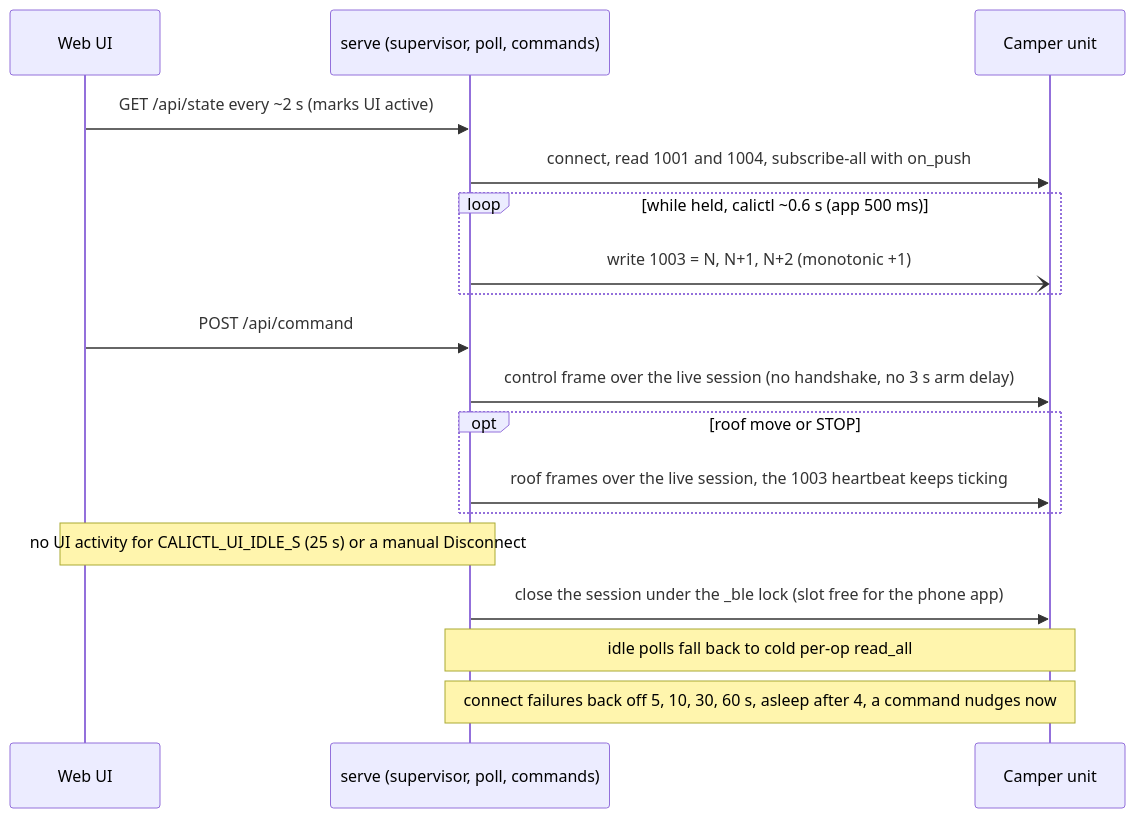
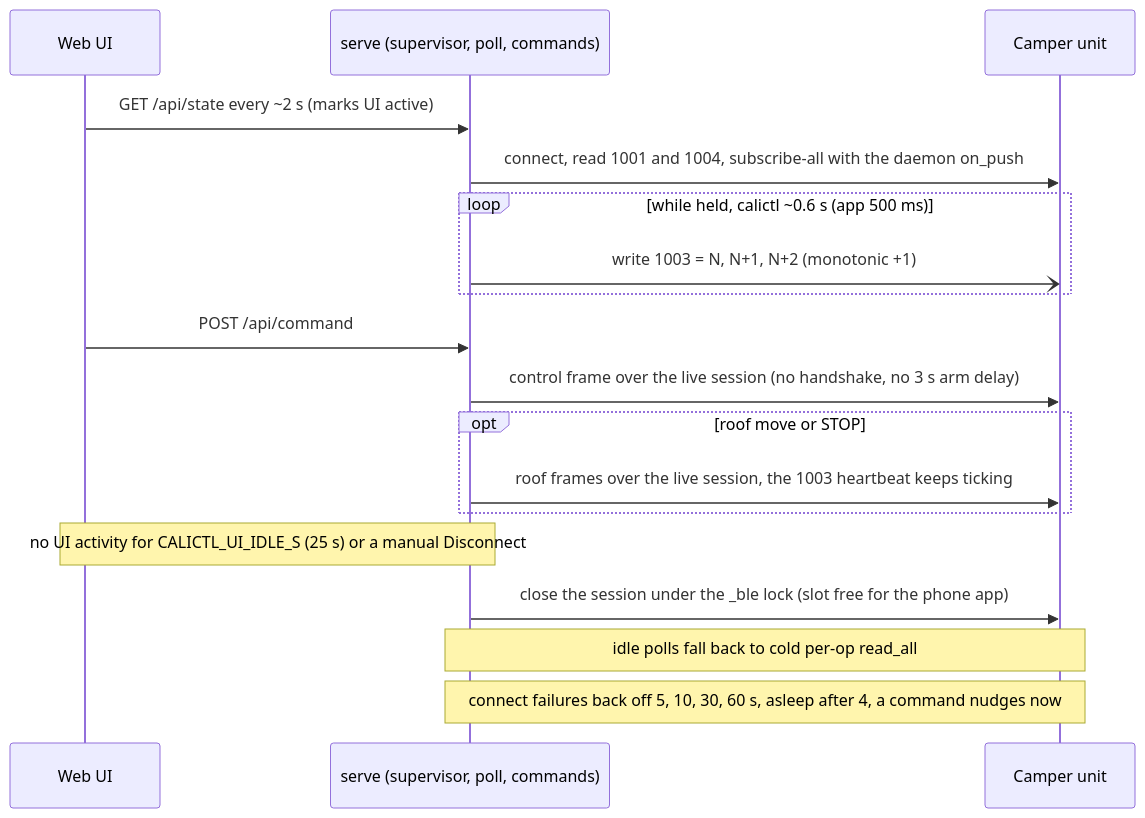
Before and after one commit to ckeller42/open-california: the fourth of 17 diagrams in docs/protocol-sequences.rst, drawn with Mermaid. The commit also changed other lines of this file and 9 other files, not shown here.

First line of the commit message:
docs: audit the protocol sequence diagrams against the code and add the missing flows

```diff
--- a/docs/protocol-sequences.rst
+++ b/docs/protocol-sequences.rst
@@ -369,20 +452,20 @@
 .. mermaid::
 
     sequenceDiagram
         participant W as Web UI
         participant S as serve (supervisor, poll, commands)
         participant U as Camper unit
         W->>S: GET /api/state every ~2 s (marks UI active)
-        S->>U: connect, read 1001 and 1004, subscribe-all with on_push
+        S->>U: connect, read 1001 and 1004, subscribe-all with the daemon on_push
         loop while held, calictl ~0.6 s (app 500 ms)
             S-)U: write 1003 = N, N+1, N+2 (monotonic +1)
         end
         W->>S: POST /api/command
         S->>U: control frame over the live session (no handshake, no 3 s arm delay)
         opt roof move or STOP
             S->>U: roof frames over the live session, the 1003 heartbeat keeps ticking
         end
         Note over W,S: no UI activity for CALICTL_UI_IDLE_S (25 s) or a manual Disconnect
         S->>U: close the session under the _ble lock (slot free for the phone app)
         Note over S,U: idle polls fall back to cold per-op read_all
         Note over S,U: connect failures back off 5, 10, 30, 60 s, asleep after 4, a command nudges now
```
